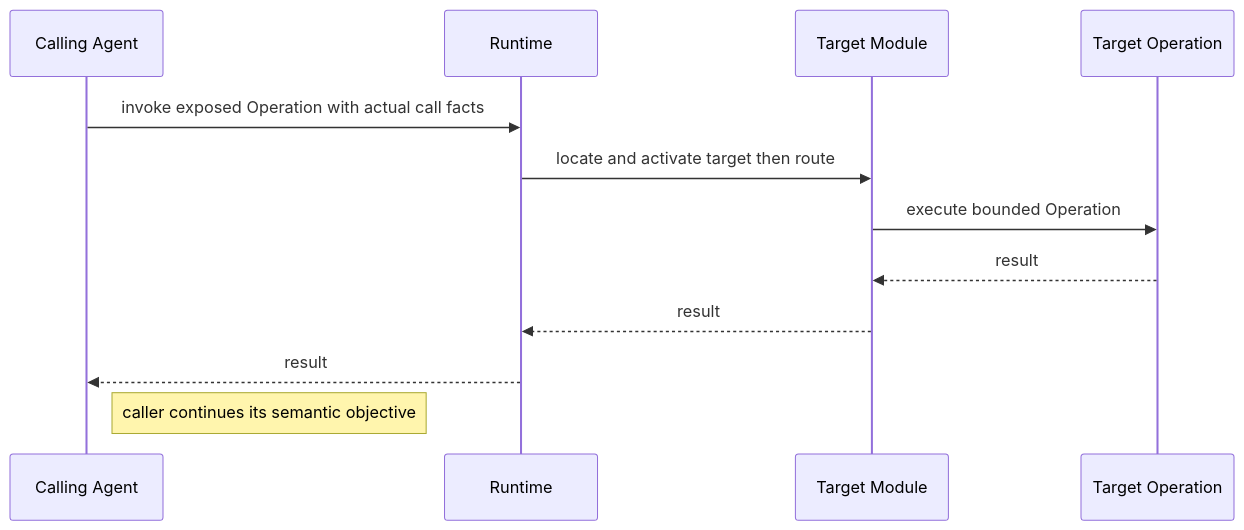
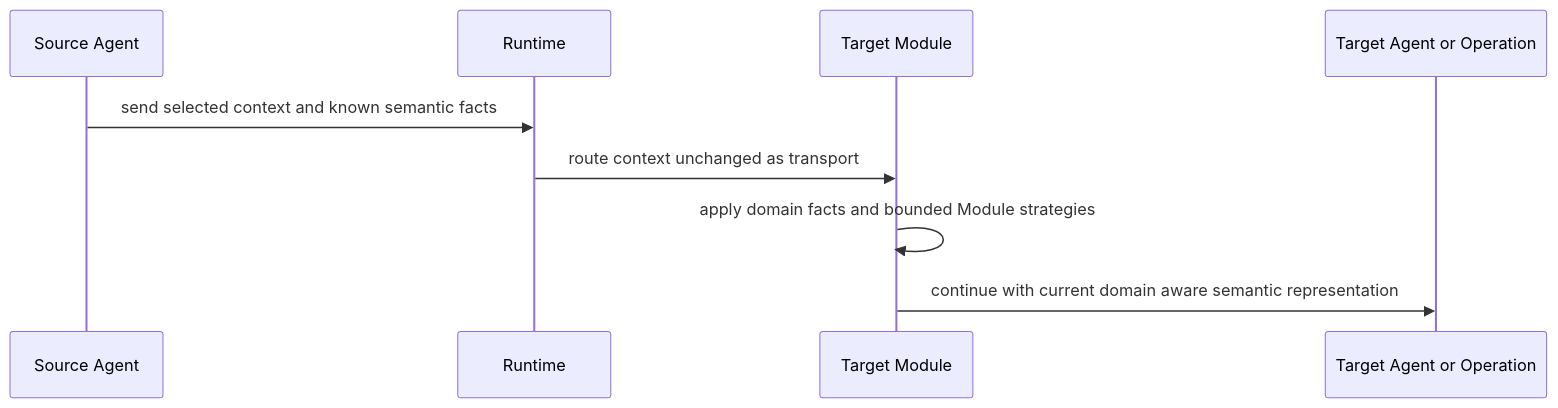
Before and after one commit to DidacLL/MADRE: the seventh of 12 diagrams in docs/architecture/mid-level-architecture.md, drawn with Mermaid. The commit also changed other lines of this file, not shown here.

Commit message:
docs: align mid-level architecture with final SPIRA model

````diff
--- a/docs/architecture/mid-level-architecture.md
+++ b/docs/architecture/mid-level-architecture.md
@@ -349,15 +281,12 @@
 ```mermaid
 sequenceDiagram
-    participant A as Calling Agent
+    participant A as Source Agent
     participant R as Runtime
     participant M as Target Module
-    participant O as Target Operation
+    participant B as Target Agent or Operation
 
-    A->>R: invoke exposed Operation with actual call facts
-    R->>M: locate and activate target then route
-    M->>O: execute bounded Operation
-    O-->>M: result
-    M-->>R: result
-    R-->>A: result
-    Note right of A: caller continues its semantic objective
+    A->>R: send selected context and known semantic facts
+    R->>M: route context unchanged as transport
+    M->>M: apply domain facts and bounded Module strategies
+    M->>B: continue with current domain aware semantic representation
 ```
````
